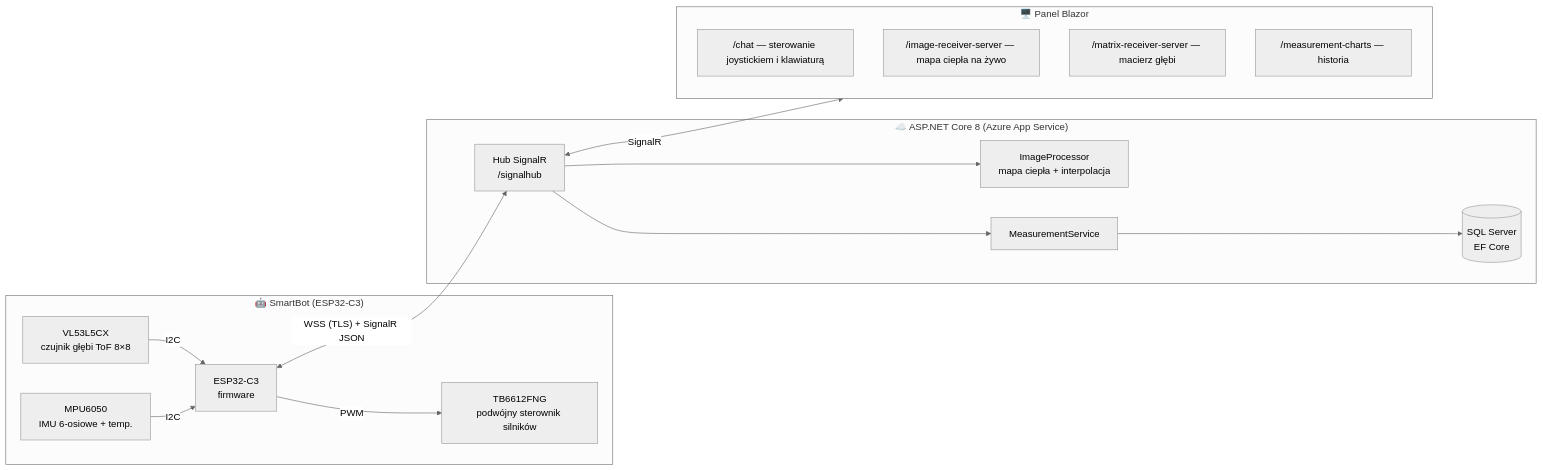
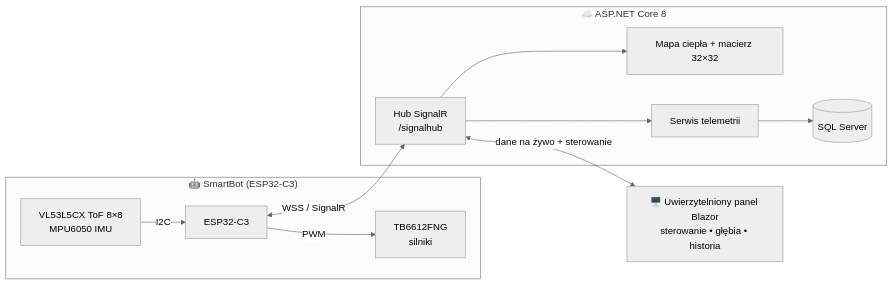
The diagram in README.pl.md (Kamilr616/SmartBotAPI), drawn with Mermaid (neutral theme) before and after one commit. The commit also changed other lines of this file and 10 other files, not shown here.

Commit message:
Document SmartBot architecture and deployment

````diff
--- a/README.pl.md
+++ b/README.pl.md
@@ -34,31 +40,17 @@
 ```mermaid
 flowchart LR
     subgraph Robot["🤖 SmartBot (ESP32-C3)"]
-        TOF["VL53L5CX<br/>czujnik głębi ToF 8×8"]
-        IMU["MPU6050<br/>IMU 6-osiowe + temp."]
-        MOT["TB6612FNG<br/>podwójny sterownik silników"]
-        MCU["ESP32-C3<br/>firmware"]
-        TOF -- I2C --> MCU
-        IMU -- I2C --> MCU
-        MCU -- PWM --> MOT
+        SENS["VL53L5CX ToF 8×8<br/>MPU6050 IMU"] -->|"I2C"| MCU["ESP32-C3"]
+        MCU -->|"PWM"| MOT["TB6612FNG<br/>silniki"]
     end
 
-    subgraph Server["☁️ ASP.NET Core 8 (Azure App Service)"]
+    subgraph Server["☁️ ASP.NET Core 8"]
         HUB["Hub SignalR<br/>/signalhub"]
-        IMG["ImageProcessor<br/>mapa ciepła + interpolacja"]
-        SVC["MeasurementService"]
-        DB[("SQL Server<br/>EF Core")]
-        HUB --> IMG
-        HUB --> SVC --> DB
+        HUB --> VIEW["Mapa ciepła + macierz 32×32"]
+        HUB --> DATA["Serwis telemetrii"] --> DB[("SQL Server")]
     end
 
-    subgraph Client["🖥️ Panel Blazor"]
-        CHAT["/chat — sterowanie joystickiem i klawiaturą"]
-        HEAT["/image-receiver-server — mapa ciepła na żywo"]
-        MTRX["/matrix-receiver-server — macierz głębi"]
-        CHRT["/measurement-charts — historia"]
-    end
-
-    MCU <-- "WSS (TLS) + SignalR JSON" --> HUB
-    HUB <-- "SignalR" --> Client
+    UI["🖥️ Uwierzytelniony panel Blazor<br/>sterowanie • głębia • historia"]
+    MCU <-->|"WSS / SignalR"| HUB
+    HUB <-->|"dane na żywo + sterowanie"| UI
 ```
````
